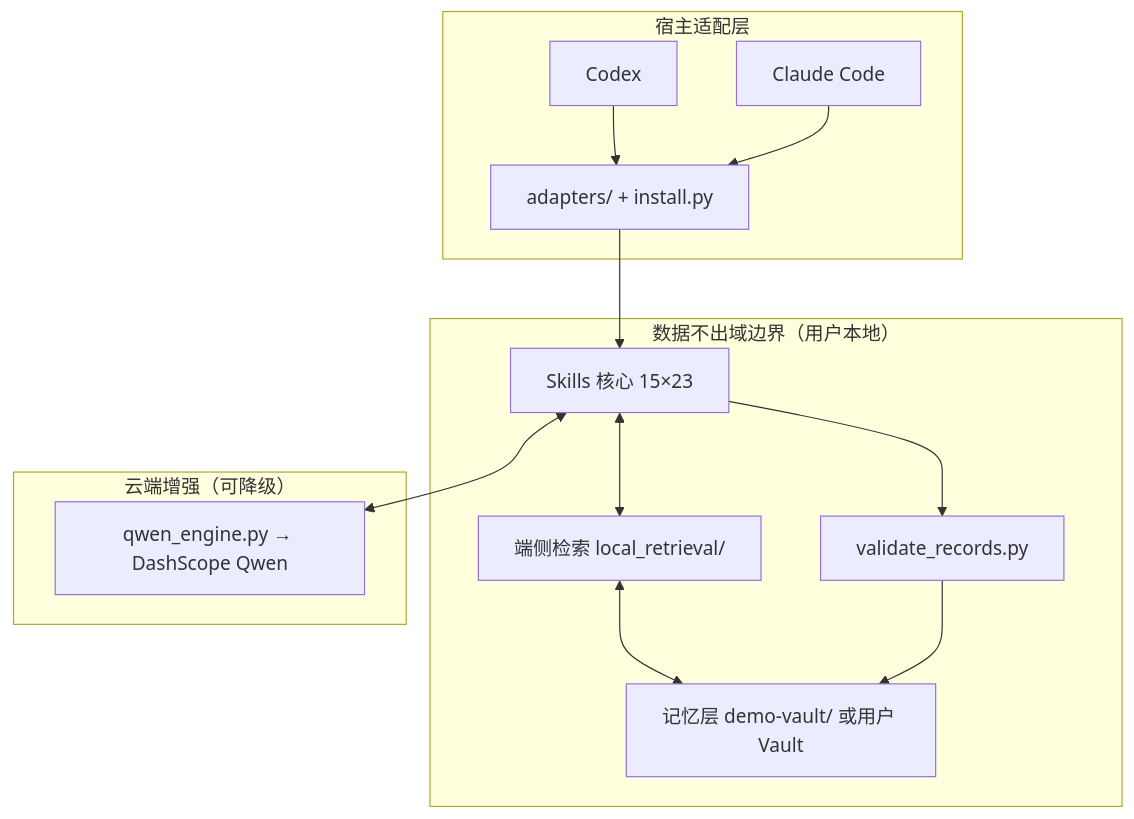
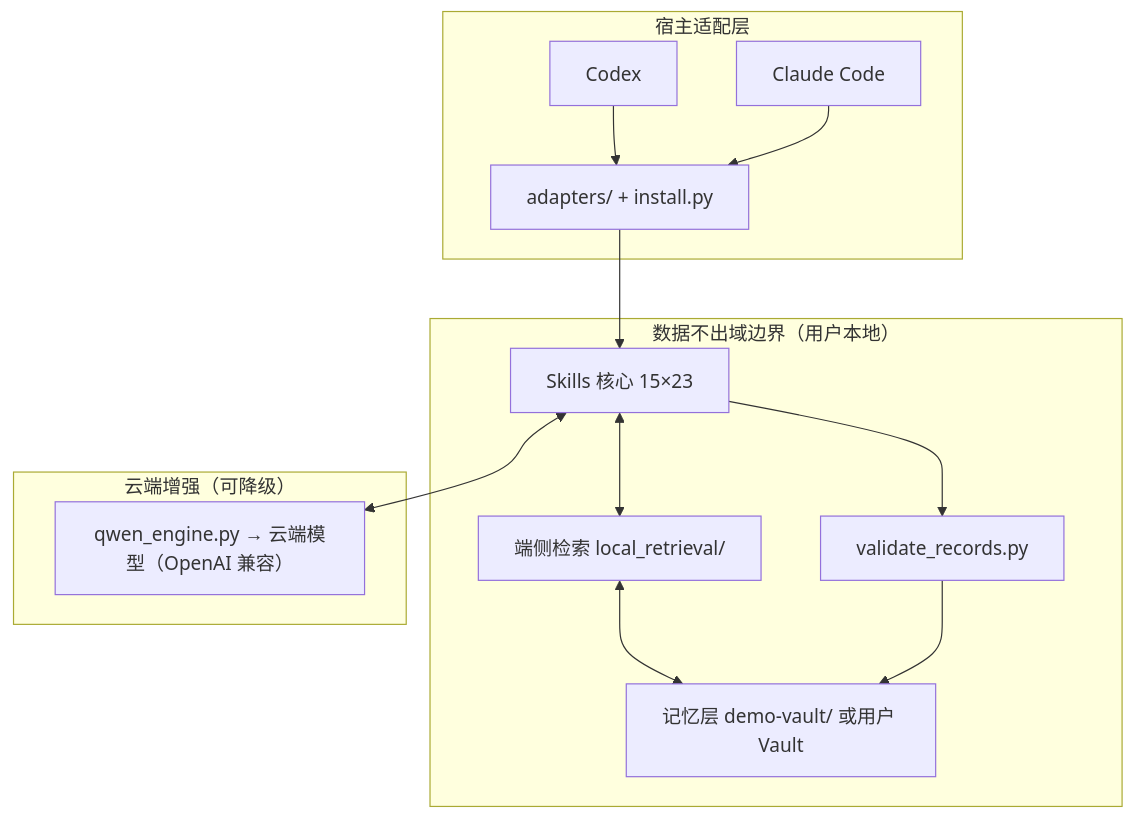
Before and after one commit to yq6666-66/study-copilot-skills: the diagram in docs/ARCHITECTURE.md, drawn with Mermaid. The commit also changed other lines of this file and 11 other files, not shown here.

Commit message:
feat: 云端引擎服务商无关化——支持任意 OpenAI 兼容服务（OPENAI_BASE_URL/OPENAI_MODEL/OPENAI_API_KEY，兼容 DASHSCOPE_API_KEY 历史变量）；文档中性化（Key 教程不指定厂商、[AI生成] 标注、去 DashScope/百炼字样）；修 README --host general→generic 笔误；新增引擎配置 4 项离线单测

````diff
--- a/docs/ARCHITECTURE.md
+++ b/docs/ARCHITECTURE.md
@@ -12,28 +12,28 @@
 ```mermaid
 flowchart TD
   subgraph HOST["宿主适配层"]
     CODEX["Codex"]
     CLAUDE["Claude Code"]
     ADAPTERS["adapters/ + install.py"]
   end
 
   subgraph PRIVATE["数据不出域边界（用户本地）"]
     SKILLS["Skills 核心 15×23"]
     RETR["端侧检索 local_retrieval/"]
     VAULT["记忆层 demo-vault/ 或用户 Vault"]
     VALID["validate_records.py"]
   end
 
   subgraph CLOUD["云端增强（可降级）"]
-    QWEN["qwen_engine.py → DashScope Qwen"]
+    CLOUD_ENGINE["qwen_engine.py → 云端模型（OpenAI 兼容）"]
   end
 
   CODEX --> ADAPTERS
   CLAUDE --> ADAPTERS
   ADAPTERS --> SKILLS
   SKILLS <--> RETR
   RETR <--> VAULT
-  SKILLS <--> QWEN
+  SKILLS <--> CLOUD_ENGINE
   SKILLS --> VALID
   VALID --> VAULT
 ```
````
